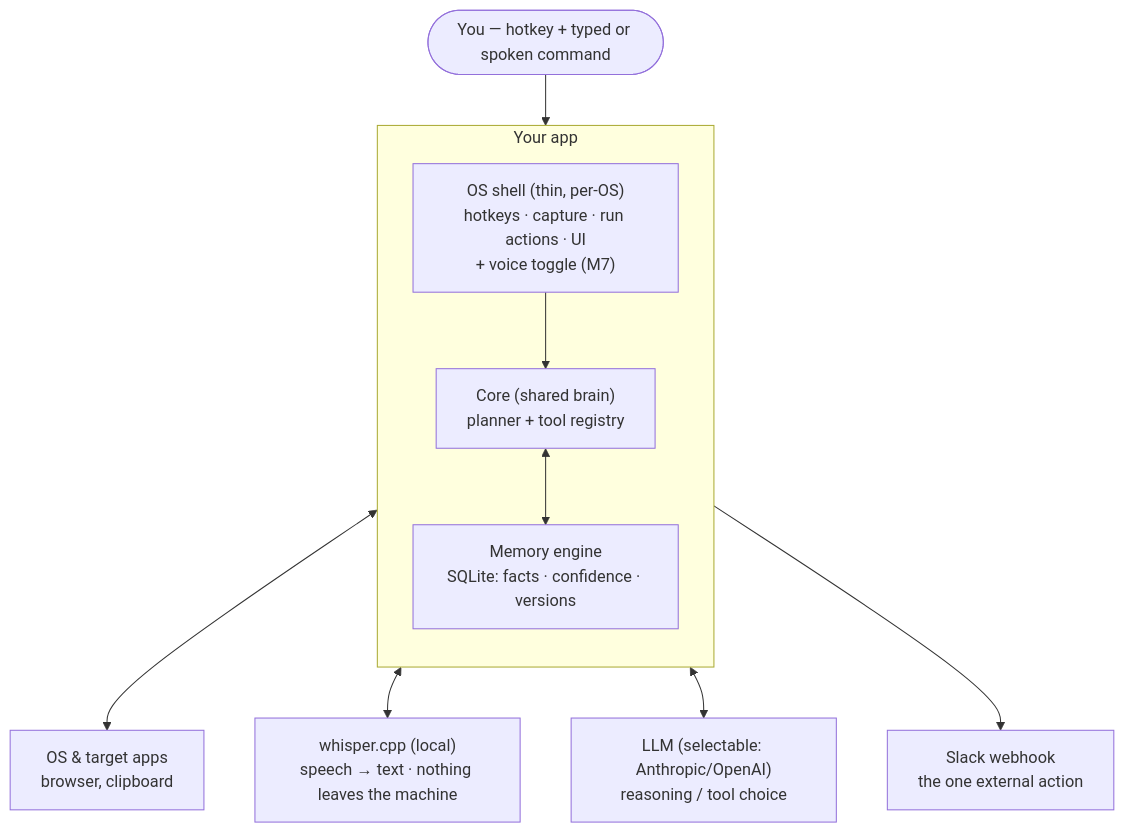
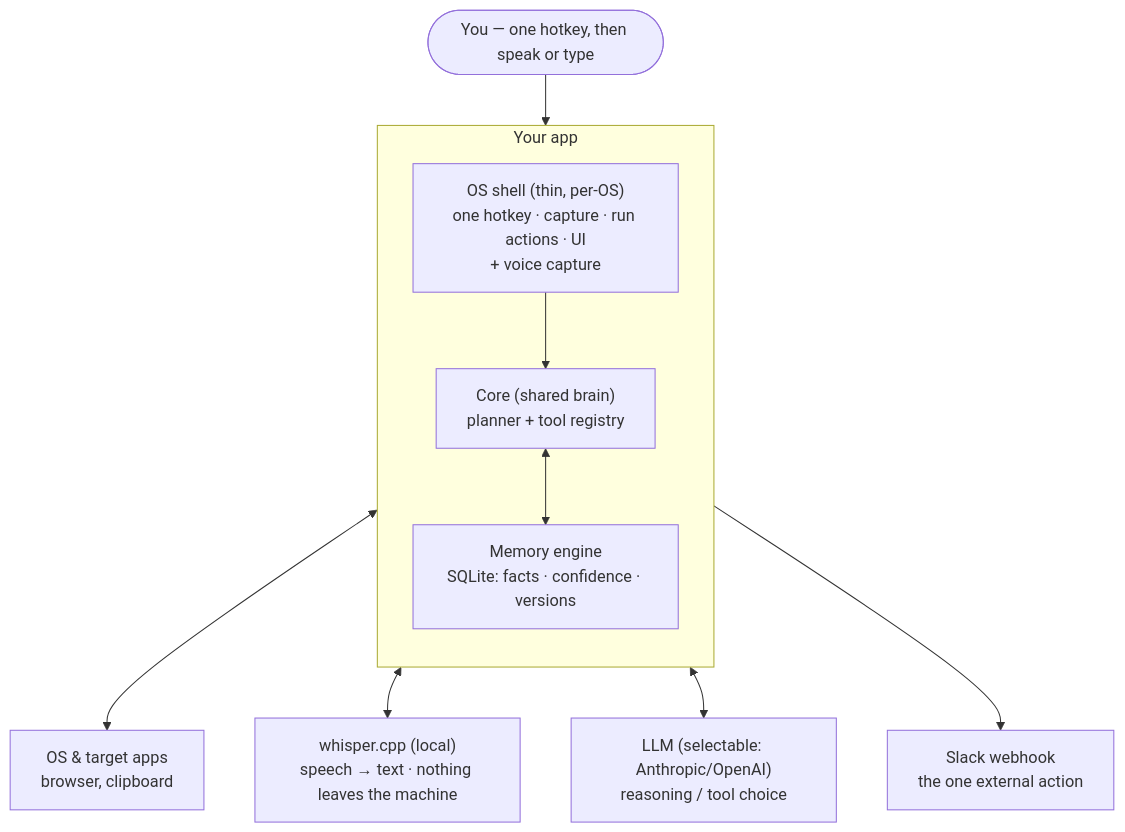
Before and after one commit to Sejall-089/voice-agent: the first of 6 diagrams in ARCHITECTURE.md, drawn with Mermaid. The commit also changed other lines of this file and 13 other files, not shown here.

First line of the commit message:
Collapse to one hotkey, and fix a duplicate-run bug on the shared path

````diff
--- a/ARCHITECTURE.md
+++ b/ARCHITECTURE.md
@@ -28,24 +28,24 @@
 ```mermaid
 flowchart TB
-    User(["You — hotkey + typed or spoken command"])
+    User(["You — one hotkey, then speak or type"])
 
     subgraph App["Your app"]
         direction TB
-        Shell["OS shell (thin, per-OS)<br/>hotkeys · capture · run actions · UI<br/>+ voice toggle (M7)"]
+        Shell["OS shell (thin, per-OS)<br/>one hotkey · capture · run actions · UI<br/>+ voice capture"]
         Core["Core (shared brain)<br/>planner + tool registry"]
         Memory["Memory engine<br/>SQLite: facts · confidence · versions"]
         Shell --> Core
         Core <--> Memory
     end
 
     Whisper["whisper.cpp (local)<br/>speech → text · nothing leaves the machine"]
     LLM["LLM (selectable: Anthropic/OpenAI)<br/>reasoning / tool choice"]
     Slack["Slack webhook<br/>the one external action"]
     OS["OS &amp; target apps<br/>browser, clipboard"]
 
     User --> Shell
     Shell <--> OS
     Shell <--> Whisper
     Core <--> LLM
     Core --> Slack
 ```
````
